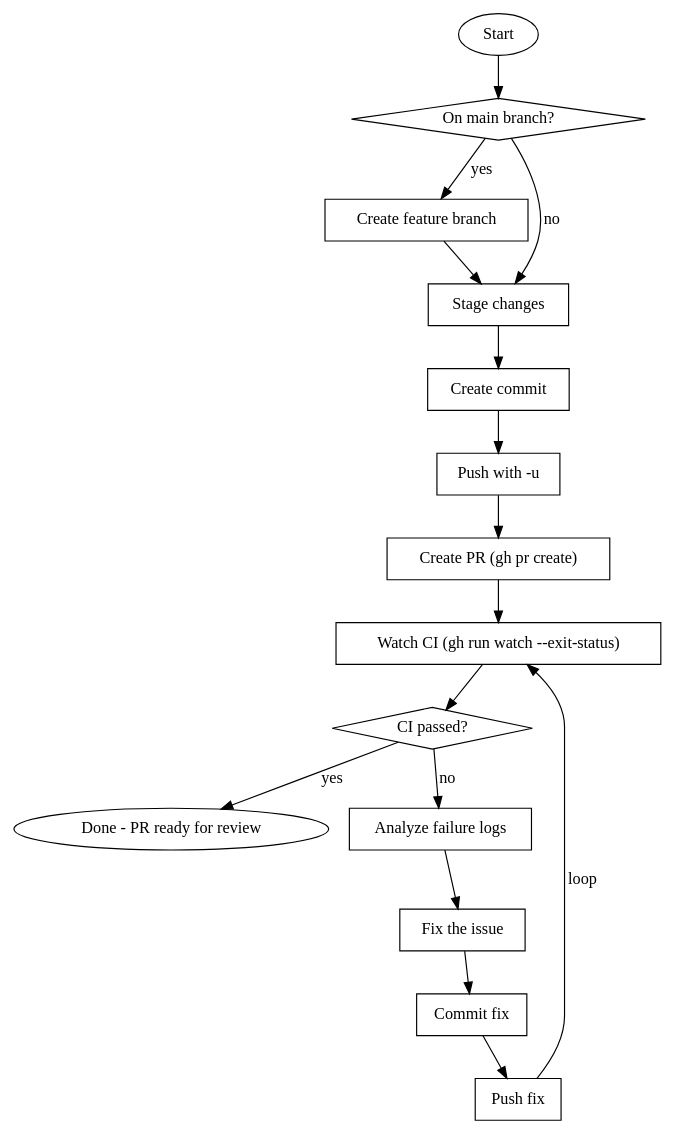
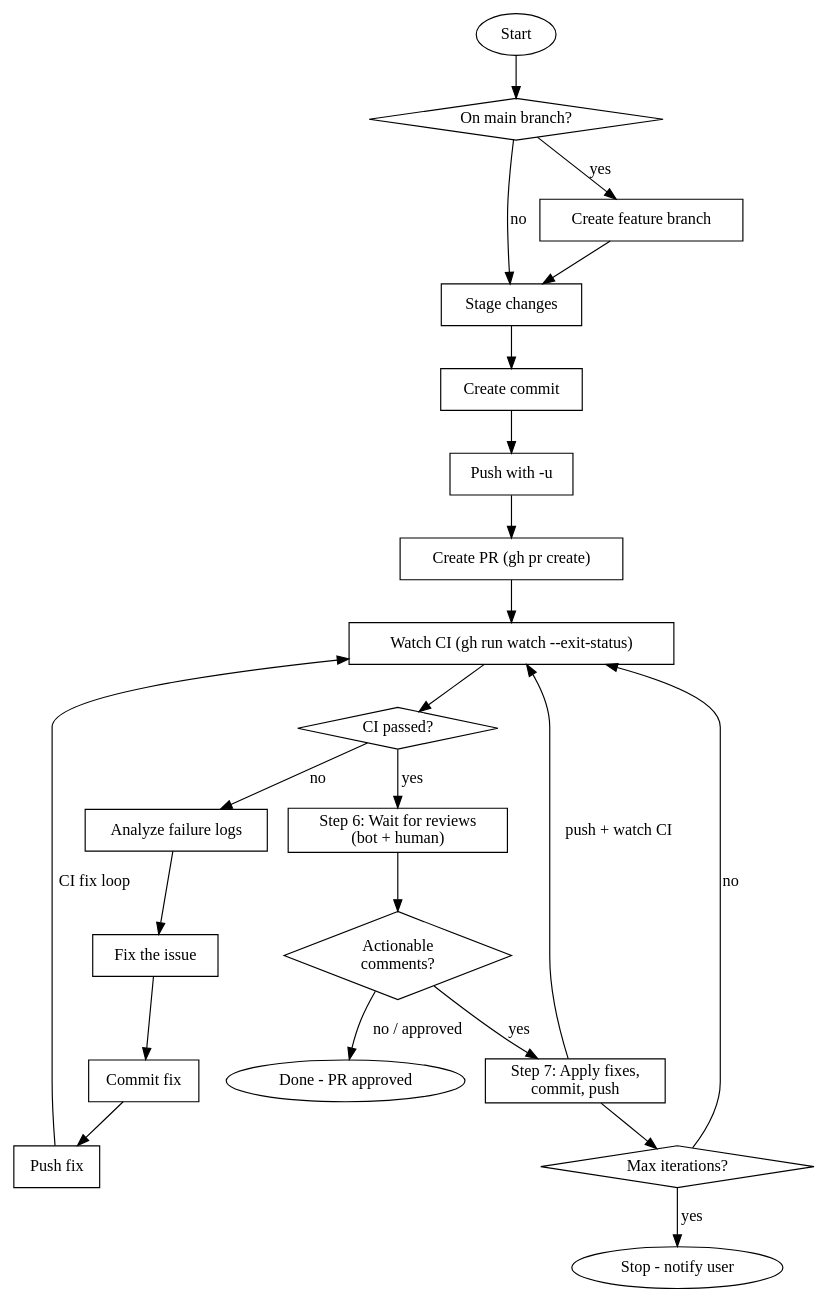
The diagram in .claude/skills/shep-kit:commit-pr/SKILL.md (shep-ai/cli), drawn with Graphviz before and after one commit. The commit also changed other lines of this file and 3 other files, not shown here.

````diff
--- a/.claude/skills/shep-kit:commit-pr/SKILL.md
+++ b/.claude/skills/shep-kit:commit-pr/SKILL.md
@@ -12,37 +12,51 @@
 ```dot
 digraph commit_pr_flow {
     rankdir=TB;
     node [shape=box];
 
     start [label="Start" shape=ellipse];
     on_main [label="On main branch?" shape=diamond];
     create_branch [label="Create feature branch"];
     stage [label="Stage changes"];
     commit [label="Create commit"];
     push [label="Push with -u"];
     create_pr [label="Create PR (gh pr create)"];
     watch_ci [label="Watch CI (gh run watch --exit-status)"];
     ci_pass [label="CI passed?" shape=diamond];
-    done [label="Done - PR ready for review" shape=ellipse];
     analyze_failure [label="Analyze failure logs"];
     fix_issue [label="Fix the issue"];
     commit_fix [label="Commit fix"];
     push_fix [label="Push fix"];
+
+    review_watch [label="Step 6: Wait for reviews\n(bot + human)"];
+    has_actionable [label="Actionable\ncomments?" shape=diamond];
+    apply_fixes [label="Step 7: Apply fixes,\ncommit, push"];
+    max_iter [label="Max iterations?" shape=diamond];
+    done [label="Done - PR approved" shape=ellipse];
+    stop [label="Stop - notify user" shape=ellipse];
 
     start -> on_main;
     on_main -> create_branch [label="yes"];
     on_main -> stage [label="no"];
     create_branch -> stage;
     stage -> commit;
     commit -> push;
     push -> create_pr;
     create_pr -> watch_ci;
     watch_ci -> ci_pass;
-    ci_pass -> done [label="yes"];
     ci_pass -> analyze_failure [label="no"];
     analyze_failure -> fix_issue;
     fix_issue -> commit_fix;
     commit_fix -> push_fix;
-    push_fix -> watch_ci [label="loop"];
+    push_fix -> watch_ci [label="CI fix loop"];
+
+    ci_pass -> review_watch [label="yes"];
+    review_watch -> has_actionable;
+    has_actionable -> done [label="no / approved"];
+    has_actionable -> apply_fixes [label="yes"];
+    apply_fixes -> watch_ci [label="push + watch CI"];
+    apply_fixes -> max_iter;
+    max_iter -> stop [label="yes"];
+    max_iter -> watch_ci [label="no"];
 }
 ```
````
